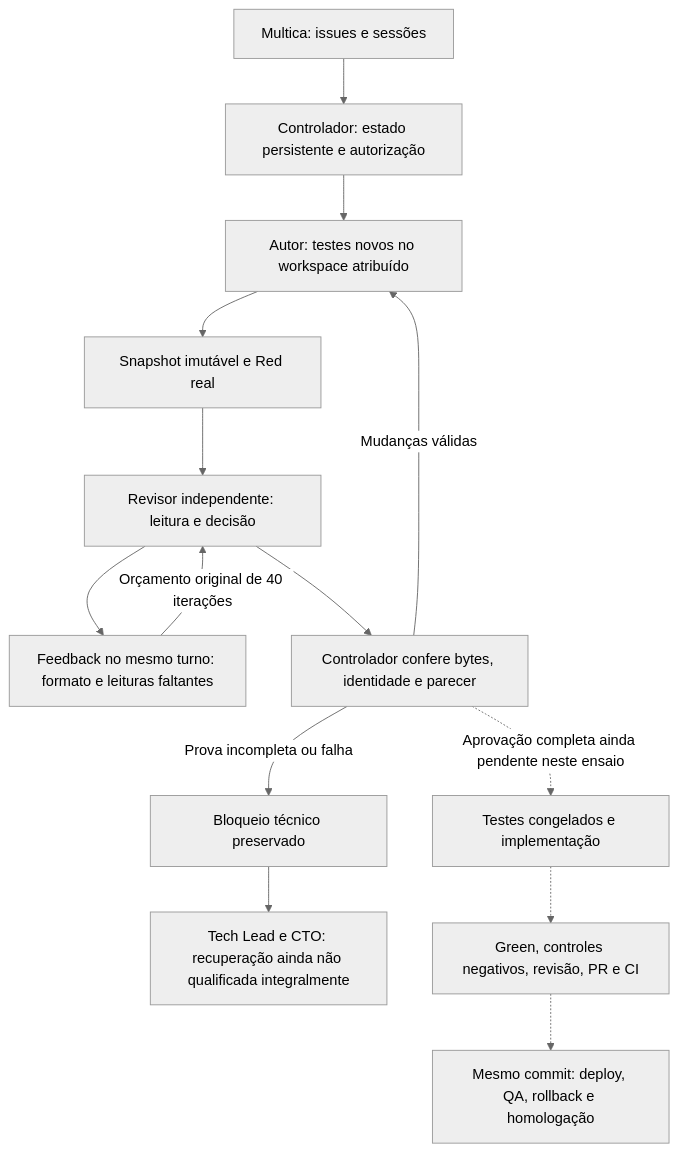
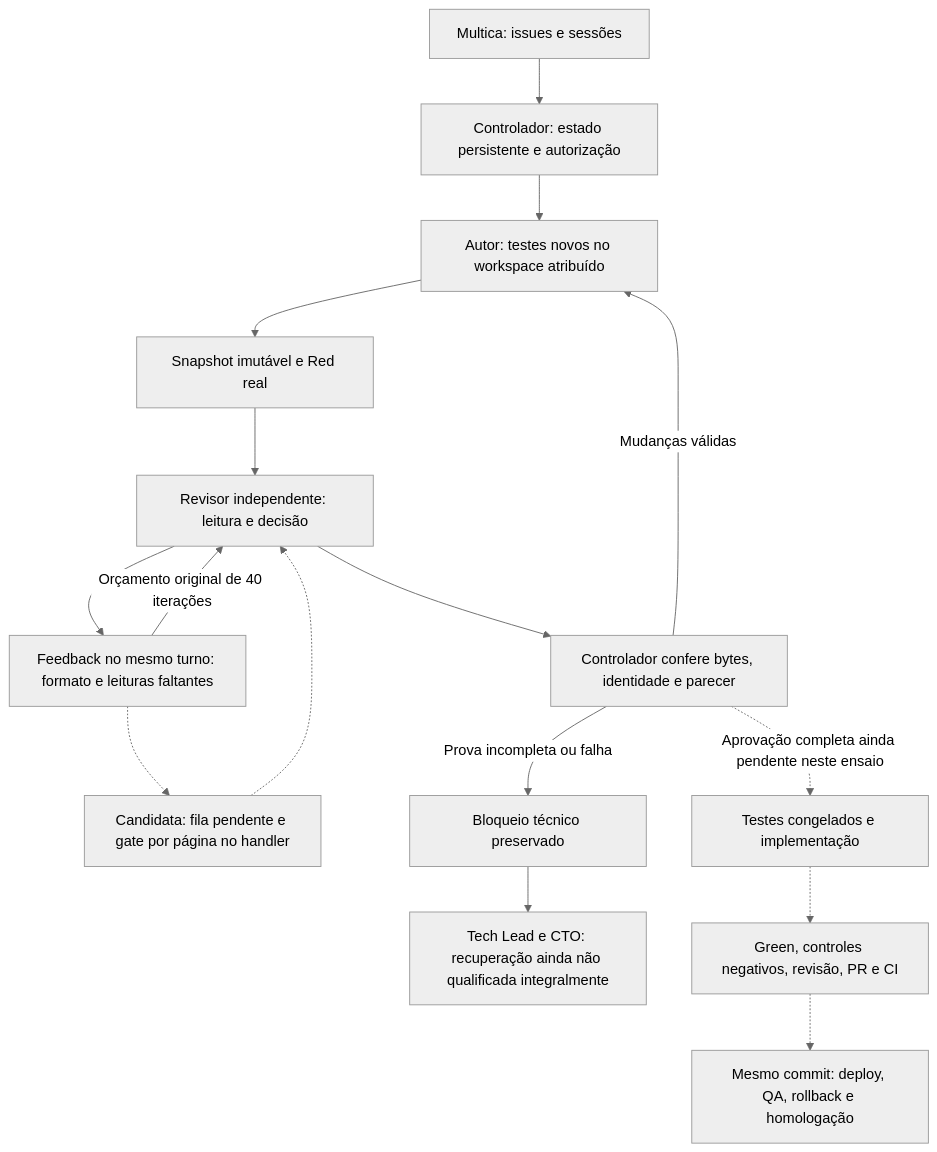
One commit to codifydeep/fabriquinha changed the diagram in docs/ARCHITECTURE.md. Above: the diagram before and after it, drawn with Mermaid (neutral theme). The commit also changed other lines of this file and 22 other files, not shown here.

````diff
--- a/docs/ARCHITECTURE.md
+++ b/docs/ARCHITECTURE.md
@@ -33,16 +33,18 @@
 ```mermaid
 flowchart TD
     M[Multica: issues e sessões] --> C[Controlador: estado persistente e autorização]
     C --> A[Autor: testes novos no workspace atribuído]
     A --> S[Snapshot imutável e Red real]
     S --> R[Revisor independente: leitura e decisão]
     R --> F[Feedback no mesmo turno: formato e leituras faltantes]
     F -->|Orçamento original de 40 iterações| R
+    F -.-> P[Candidata: fila pendente e gate por página no handler]
+    P -.-> R
     R --> E[Controlador confere bytes, identidade e parecer]
     E -->|Mudanças válidas| A
     E -->|Prova incompleta ou falha| B[Bloqueio técnico preservado]
     B --> T[Tech Lead e CTO: recuperação ainda não qualificada integralmente]
     E -.->|Aprovação completa ainda pendente neste ensaio| G[Testes congelados e implementação]
     G -.-> D[Green, controles negativos, revisão, PR e CI]
     D -.-> H[Mesmo commit: deploy, QA, rollback e homologação]
 ```
````
